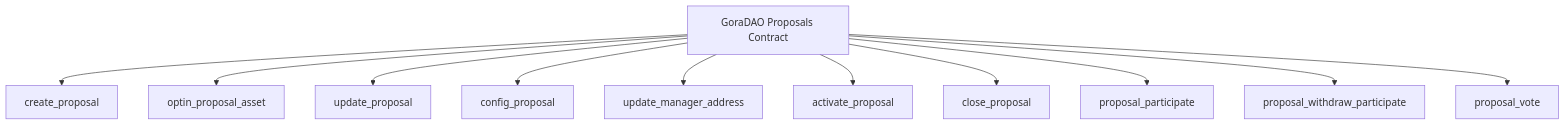
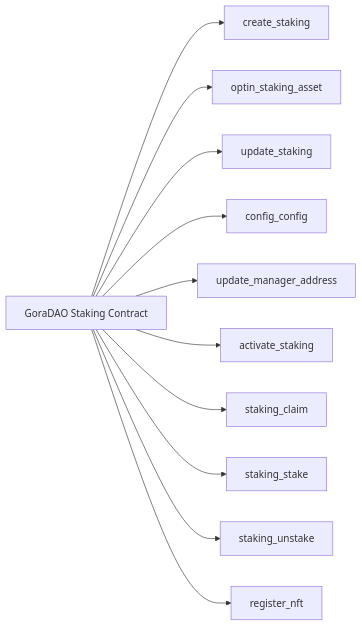
The seventh of 7 diagrams in README.md (GoraNetwork/gora-dao-smartcontracts), drawn with Mermaid before and after one commit. The commit also changed other lines of this file and 1 other file, not shown here.

Commit message:
Update Gora DAO operations CLI & README

````diff
--- a/README.md
+++ b/README.md
@@ -274,16 +823,16 @@
 ```mermaid
 
-graph TD
-    GoraDAO_Proposals[GoraDAO Proposals Contract]
-    GoraDAO_Proposals --> create_proposal_P[create_proposal]
-    GoraDAO_Proposals --> optin_proposal_asset[optin_proposal_asset]
-    GoraDAO_Proposals --> update_proposal_P[update_proposal]
-    GoraDAO_Proposals --> config_proposal_P[config_proposal]
-    GoraDAO_Proposals --> update_manager_address[update_manager_address]
-    GoraDAO_Proposals --> activate_proposal_P[activate_proposal]
-    GoraDAO_Proposals --> close_proposal_P[close_proposal]
-    GoraDAO_Proposals --> proposal_participate_P[proposal_participate]
-    GoraDAO_Proposals --> proposal_withdraw_participate_P[proposal_withdraw_participate]
-    GoraDAO_Proposals --> proposal_vote_P[proposal_vote]
+graph LR
+    GoraDAO_Staking[GoraDAO Staking Contract]
+    GoraDAO_Staking --> create_Staking[create_staking]
+    GoraDAO_Staking --> optin_staking_asset[optin_staking_asset]
+    GoraDAO_Staking --> update_staking[update_staking]
+    GoraDAO_Staking --> config_staking[config_config]
+    GoraDAO_Staking --> update_manager_address[update_manager_address]
+    GoraDAO_Staking --> activate_staking_P[activate_staking]
+    GoraDAO_Staking --> staking_claim[staking_claim]
+    GoraDAO_Staking --> staking_stake[staking_stake]
+    GoraDAO_Staking --> staking_unstake[staking_unstake]
+    GoraDAO_Staking --> register_nft[register_nft]
 
 ```
````
